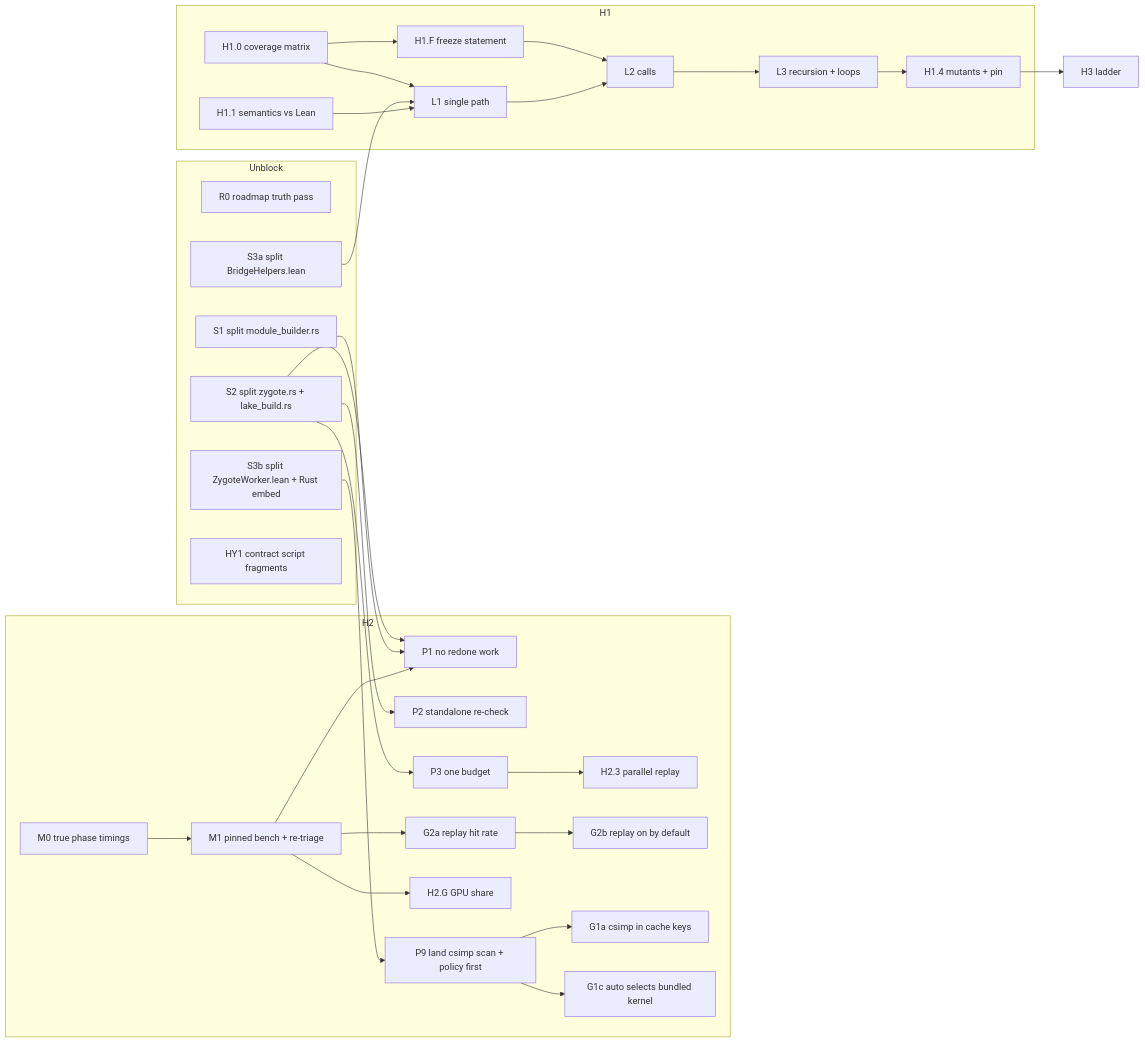
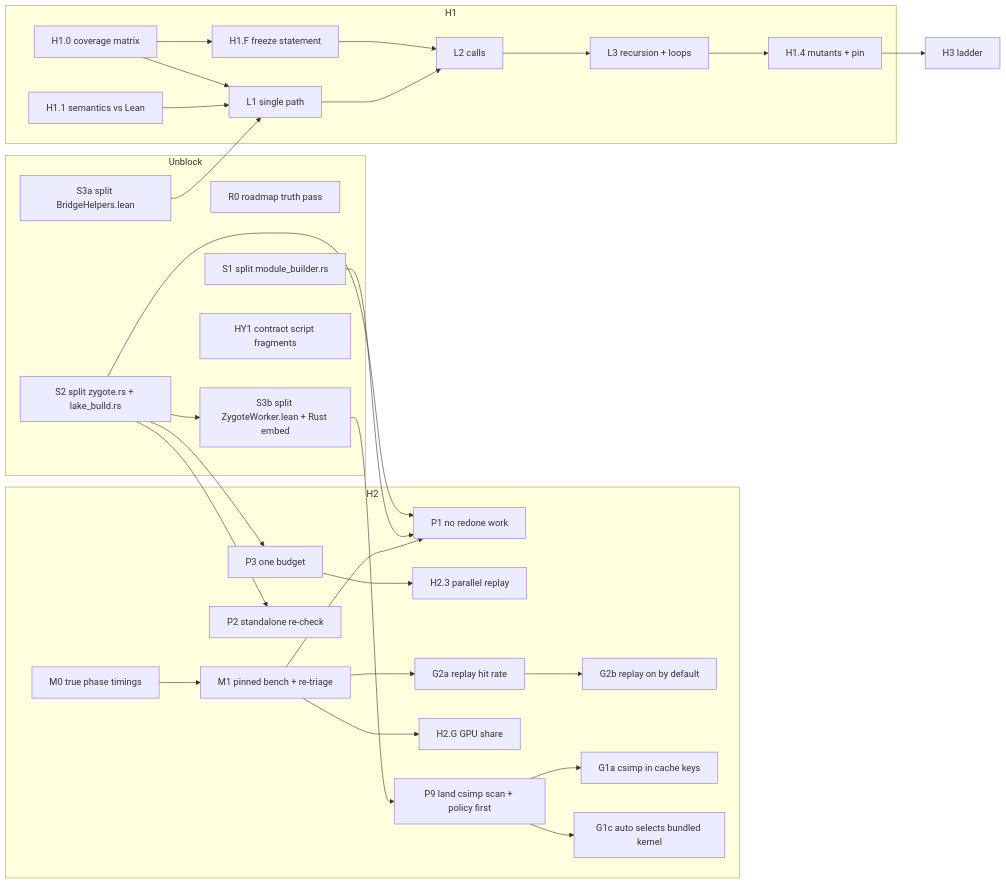
The diagram in roadmap/HORIZONS.md (Th0rgal/turbo-lean), drawn with Mermaid before and after one commit.

Commit message:
docs(roadmap): add missing S2 --> S3b edge to HORIZONS dependency graph

````diff
--- a/roadmap/HORIZONS.md
+++ b/roadmap/HORIZONS.md
@@ -99,36 +99,37 @@
 ```mermaid
 flowchart LR
   subgraph Unblock
     R0[R0 roadmap truth pass]
     S1[S1 split module_builder.rs]
     S2[S2 split zygote.rs + lake_build.rs]
     S3a[S3a split BridgeHelpers.lean]
     S3b[S3b split ZygoteWorker.lean + Rust embed]
     HY1[HY1 contract script fragments]
   end
   subgraph H2
     M0[M0 true phase timings] --> M1[M1 pinned bench + re-triage]
     M1 --> P1[P1 no redone work]
     S1 --> P1
     S2 --> P1
     S2 --> P2[P2 standalone re-check]
     S2 --> P3[P3 one budget]
     P3 --> H23[H2.3 parallel replay]
     M1 --> G2a[G2a replay hit rate] --> G2b[G2b replay on by default]
     M1 --> H2G[H2.G GPU share]
     P9[P9 land csimp scan + policy first] --> G1a[G1a csimp in cache keys]
     P9 --> G1c[G1c auto selects bundled kernel]
   end
   subgraph H1
     H10[H1.0 coverage matrix] --> HF[H1.F freeze statement]
     H11[H1.1 semantics vs Lean] --> L1[L1 single path]
     S3a --> L1
     H10 --> L1
     L1 --> L2[L2 calls]
     HF --> L2
     L2 --> L3[L3 recursion + loops]
     L3 --> H14[H1.4 mutants + pin]
   end
   H14 --> H3[H3 ladder]
+  S2 --> S3b
   S3b --> P9
 ```
````
